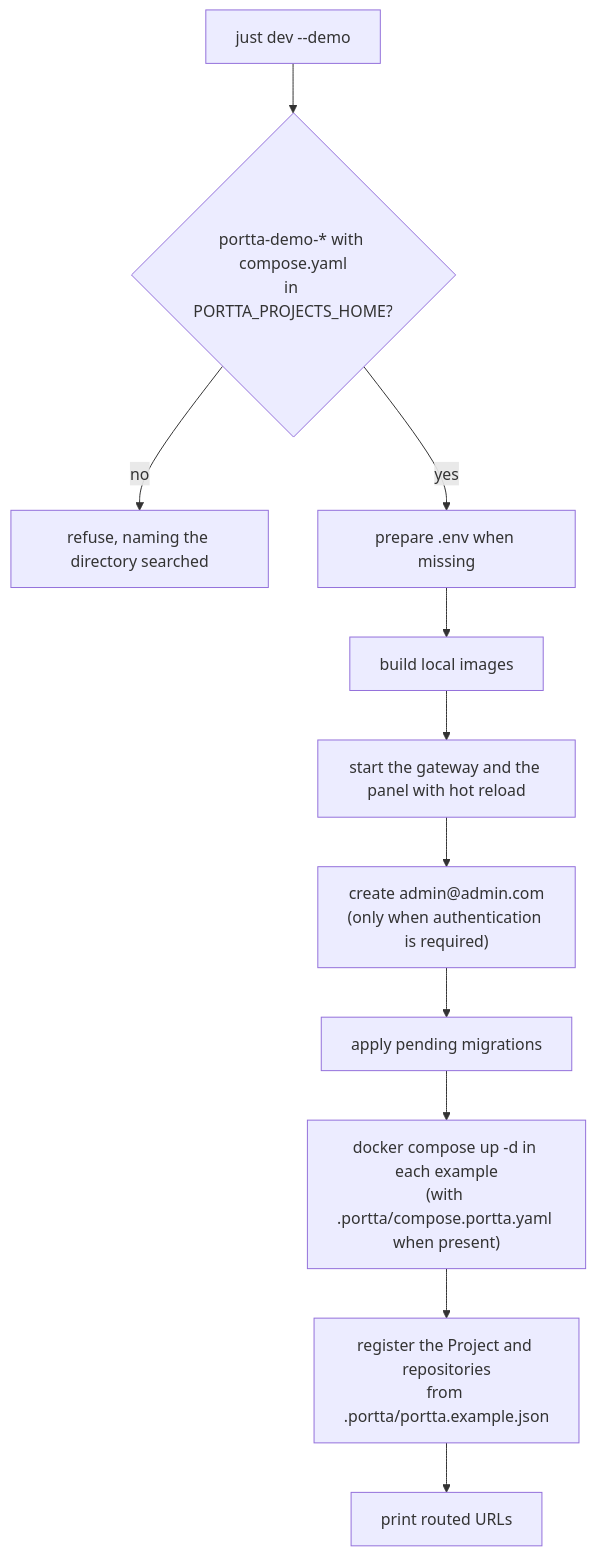
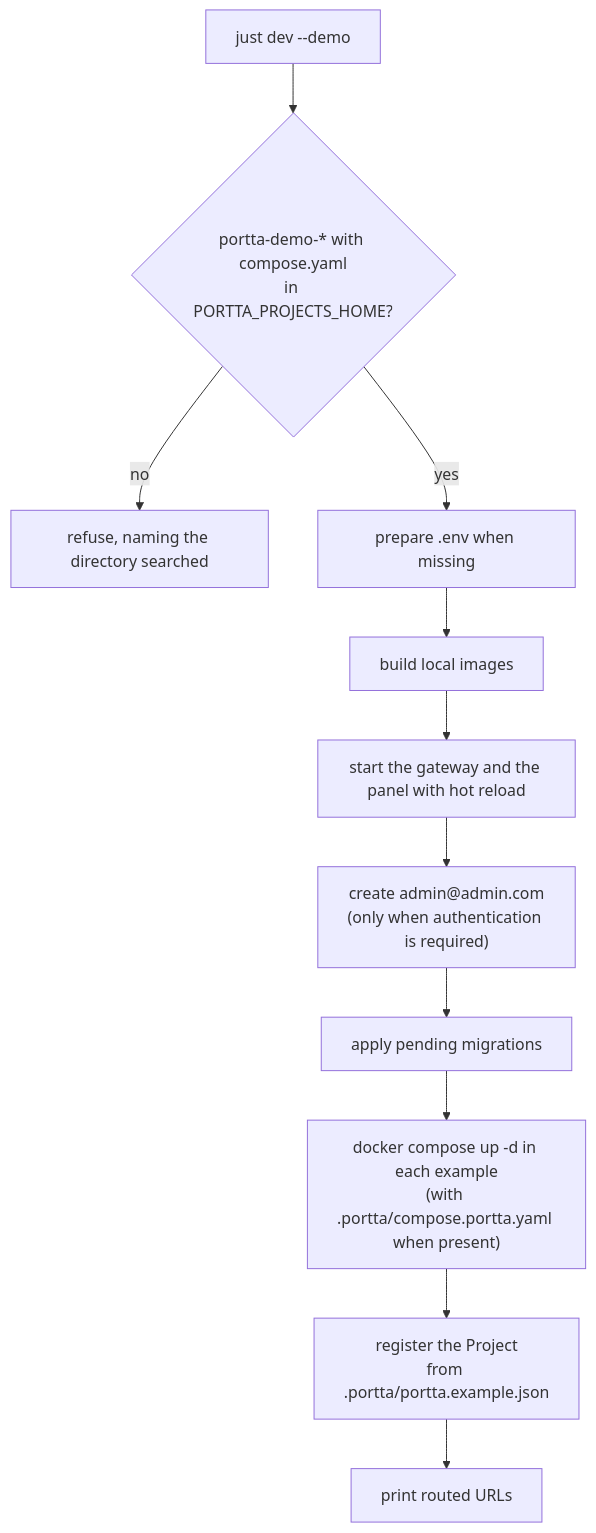
The diagram in docs/development/development-setup.md (codions-labs/portta), drawn with Mermaid before and after one commit. The commit also changed other lines of this file and 50 other files, not shown here.

````diff
--- a/docs/development/development-setup.md
+++ b/docs/development/development-setup.md
@@ -97,13 +97,13 @@
 ```mermaid
 flowchart TD
     start["just dev --demo"] --> check{"portta-demo-* with compose.yaml<br/>in PORTTA_PROJECTS_HOME?"}
     check -- no --> refuse["refuse, naming the directory searched"]
     check -- yes --> env["prepare .env when missing"]
     env --> images["build local images"]
     images --> up["start the gateway and the panel with hot reload"]
     up --> owner["create admin@admin.com<br/>(only when authentication is required)"]
     owner --> migrate["apply pending migrations"]
     migrate --> stacks["docker compose up -d in each example<br/>(with .portta/compose.portta.yaml when present)"]
-    stacks --> register["register the Project and repositories<br/>from .portta/portta.example.json"]
+    stacks --> register["register the Project<br/>from .portta/portta.example.json"]
     register --> urls["print routed URLs"]
 ```
````
